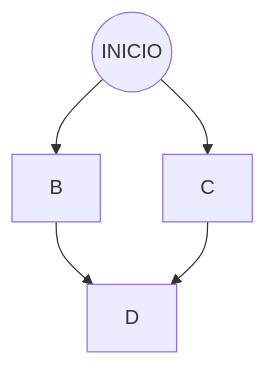
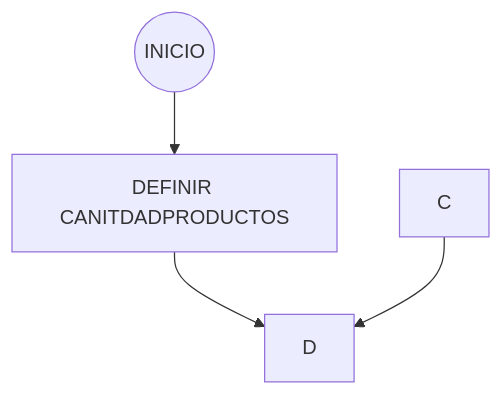
The diagram in README.MD (Deison12/Taller1.github.io), drawn with Mermaid before and after one commit.

````diff
--- a/README.MD
+++ b/README.MD
@@ -15,9 +15,9 @@
 ```mermaid
  flowchart TD
  A(("INICIO"))
+ B[DEFINIR CANITDADPRODUCTOS]
 
     A-->B;
-    A-->C;
     B-->D;
     C-->D;
 ```
````
